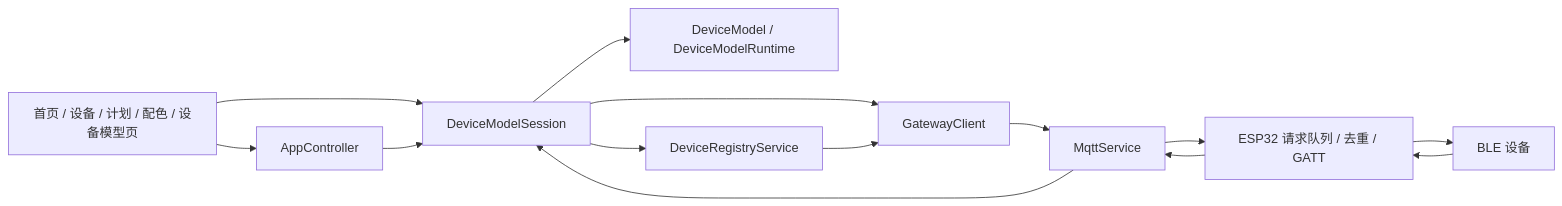
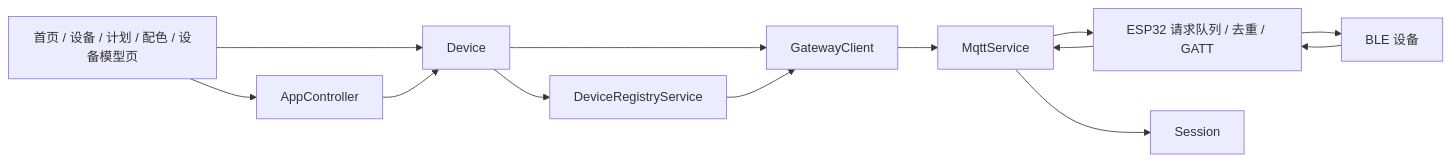
One commit to Go-oG/iot changed the diagram in light/docs/architecture-review.md. Above: the diagram before and after it, drawn with Mermaid. The commit also changed other lines of this file and 102 other files, not shown here.

````diff
--- a/light/docs/architecture-review.md
+++ b/light/docs/architecture-review.md
@@ -12,16 +12,15 @@
 ```mermaid
 flowchart LR
   UI[首页 / 设备 / 计划 / 配色 / 设备模型页] --> Controller[AppController]
-  UI --> Session[DeviceModelSession]
-  Controller --> Session
-  Session --> Model[DeviceModel / DeviceModelRuntime]
-  Session --> Registry[DeviceRegistryService]
-  Session --> Gateway[GatewayClient]
+  UI --> Device[Device]
+  Controller --> Device
+  Device --> Registry[DeviceRegistryService]
+  Device --> Gateway[GatewayClient]
   Registry --> Gateway
   Gateway --> MQTT[MqttService]
   MQTT --> ESP[ESP32 请求队列 / 去重 / GATT]
   ESP --> BLE[BLE 设备]
   BLE --> ESP
   ESP --> MQTT
   MQTT --> Session
 ```
````
